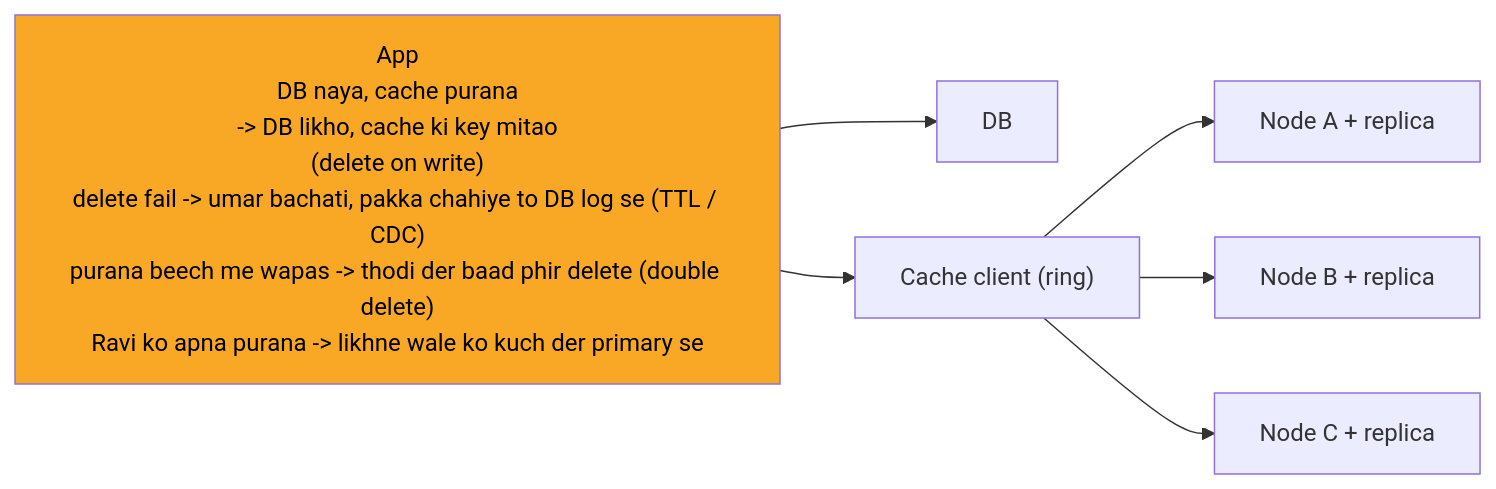
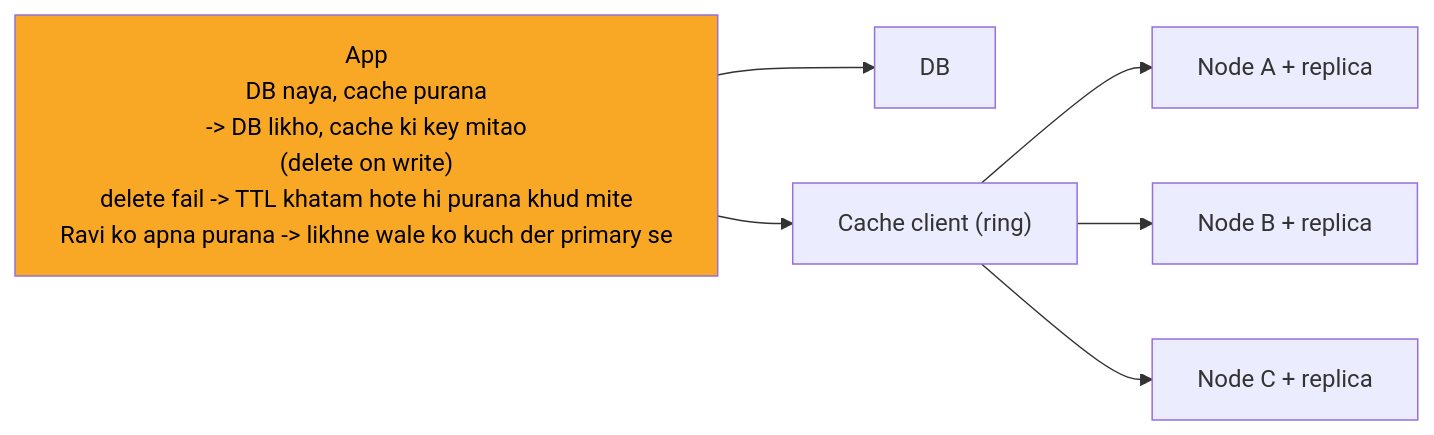
One commit to ArpanMaheshwari144/Prep changed the fifth of 8 diagrams in 04_HLD/SYSTEM_DESIGNS/10_distributed_cache/10_distributed_cache.md. Above: the diagram before and after it, drawn with Mermaid. The commit also changed other lines of this file and 13 other files, not shown here.

````diff
--- a/04_HLD/SYSTEM_DESIGNS/10_distributed_cache/10_distributed_cache.md
+++ b/04_HLD/SYSTEM_DESIGNS/10_distributed_cache/10_distributed_cache.md
@@ -216,16 +216,16 @@
 ```mermaid
 %%{init: {"flowchart": {"wrappingWidth": 450}}}%%
 flowchart LR
-    n_App["App<br/>DB naya, cache purana<br/>-> DB likho, cache ki key mitao<br/>(delete on write)<br/>delete fail -> umar bachati, pakka chahiye to DB log se (TTL / CDC)<br/>purana beech me wapas -> thodi der baad phir delete (double delete)<br/>Ravi ko apna purana -> likhne wale ko kuch der primary se"]
+    n_App["App<br/>DB naya, cache purana<br/>-> DB likho, cache ki key mitao<br/>(delete on write)<br/>delete fail -> TTL khatam hote hi purana khud mite<br/>Ravi ko apna purana -> likhne wale ko kuch der primary se"]
     n_DB["DB"]
     n_Cache_client["Cache client (ring)"]
     n_Node_A_replica["Node A + replica"]
     n_Node_B_replica["Node B + replica"]
     n_Node_C_replica["Node C + replica"]
     n_App --> n_DB
     n_App --> n_Cache_client
     n_Cache_client --> n_Node_A_replica
     n_Cache_client --> n_Node_B_replica
     n_Cache_client --> n_Node_C_replica
     style n_App fill:#f9a825,color:#000
 ```
````
